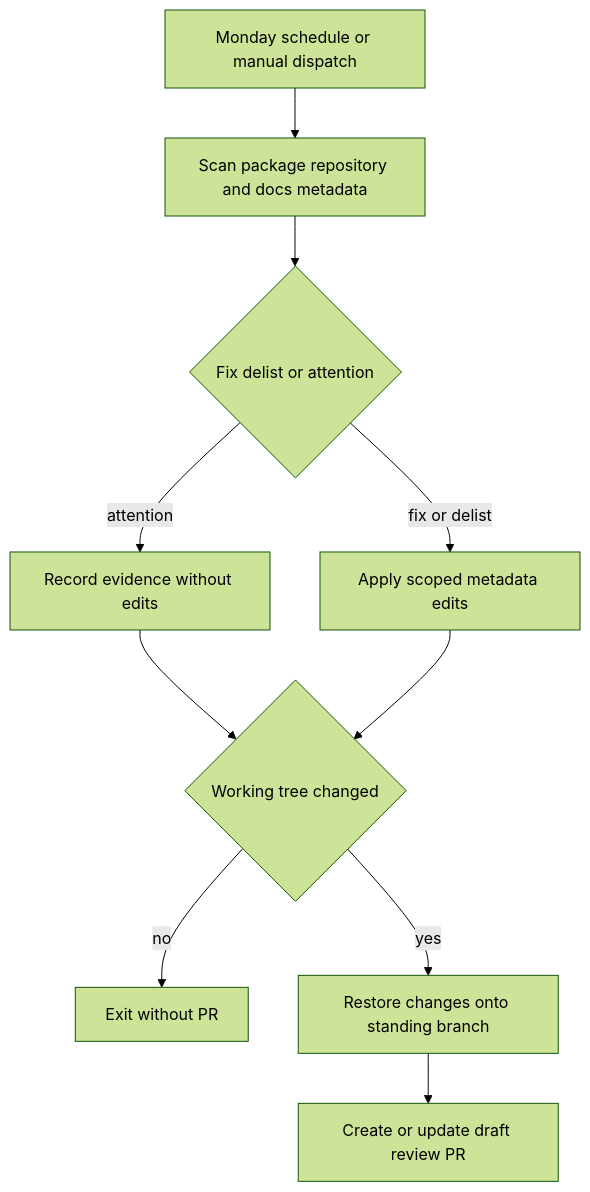
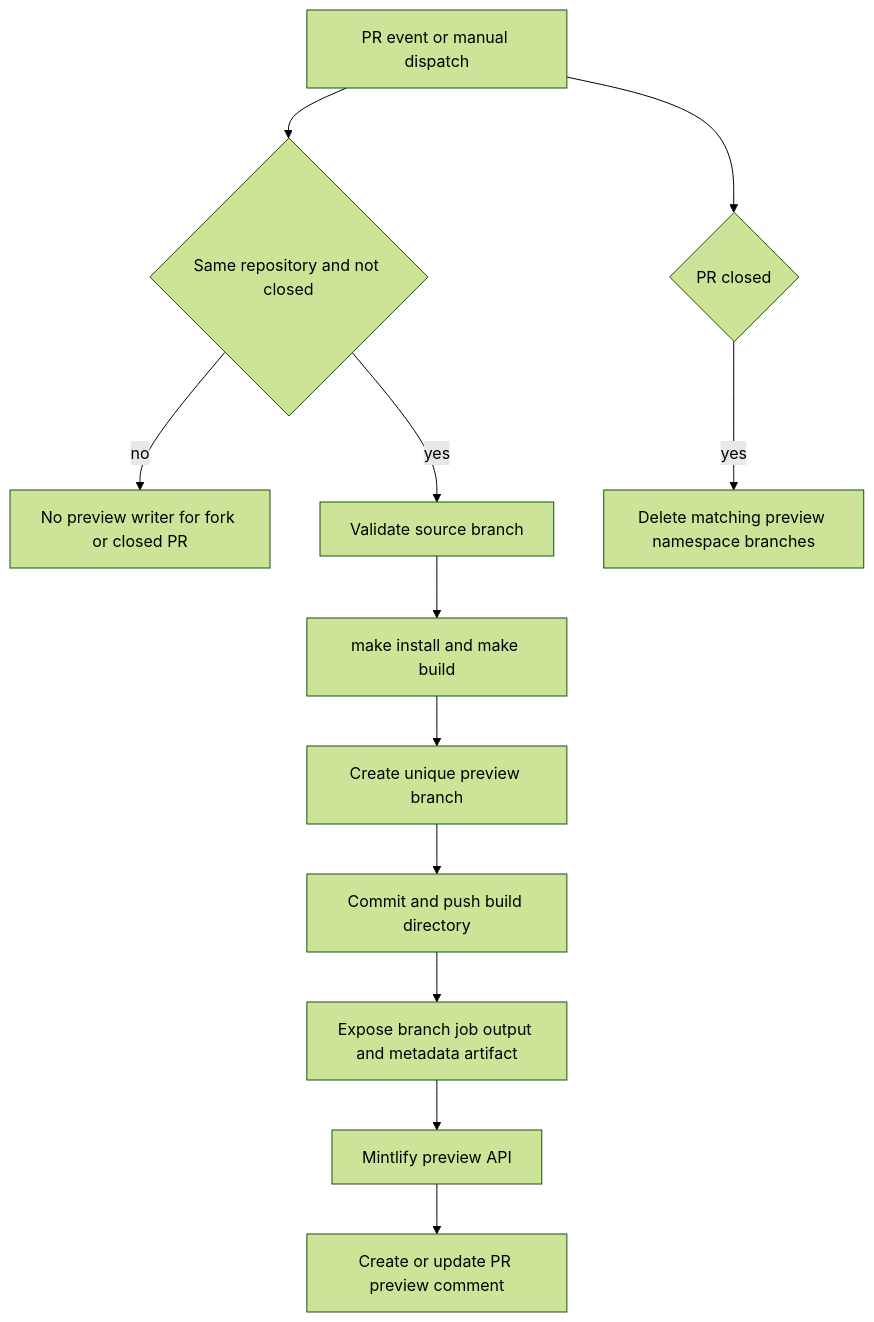
Before and after one commit to langchain-ai/docs: the second of 2 diagrams in openwiki/integrations/github-actions.md, drawn with Mermaid (forest theme). The commit also changed other lines of this file and 15 other files, not shown here.

````diff
--- a/openwiki/integrations/github-actions.md
+++ b/openwiki/integrations/github-actions.md
@@ -106,12 +110,14 @@
 ```mermaid
 flowchart TD
-  Scheduled["Monday schedule or manual dispatch"] --> Scan["Scan package repository and docs metadata"]
-  Scan --> Decision{"Fix delist or attention"}
-  Decision -->|"attention"| Evidence["Record evidence without edits"]
-  Decision -->|"fix or delist"| Edit["Apply scoped metadata edits"]
-  Evidence --> Diff{"Working tree changed"}
-  Edit --> Diff
-  Diff -->|"no"| Exit["Exit without PR"]
-  Diff -->|"yes"| Standing["Restore changes onto standing branch"]
-  Standing --> Draft["Create or update draft review PR"]
+  Event["PR event or manual dispatch"] --> Eligible{"Same repository and not closed"}
+  Eligible -->|"no"| Skip["No preview writer for fork or closed PR"]
+  Eligible -->|"yes"| Validate["Validate source branch"]
+  Validate --> Build["make install and make build"]
+  Build --> Branch["Create unique preview branch"]
+  Branch --> Handoff["Commit and push build directory"]
+  Handoff --> Output["Expose branch job output and metadata artifact"]
+  Output --> Deploy["Mintlify preview API"]
+  Deploy --> Comment["Create or update PR preview comment"]
+  Event --> Closed{"PR closed"}
+  Closed -->|"yes"| Cleanup["Delete matching preview namespace branches"]
 ```
````
